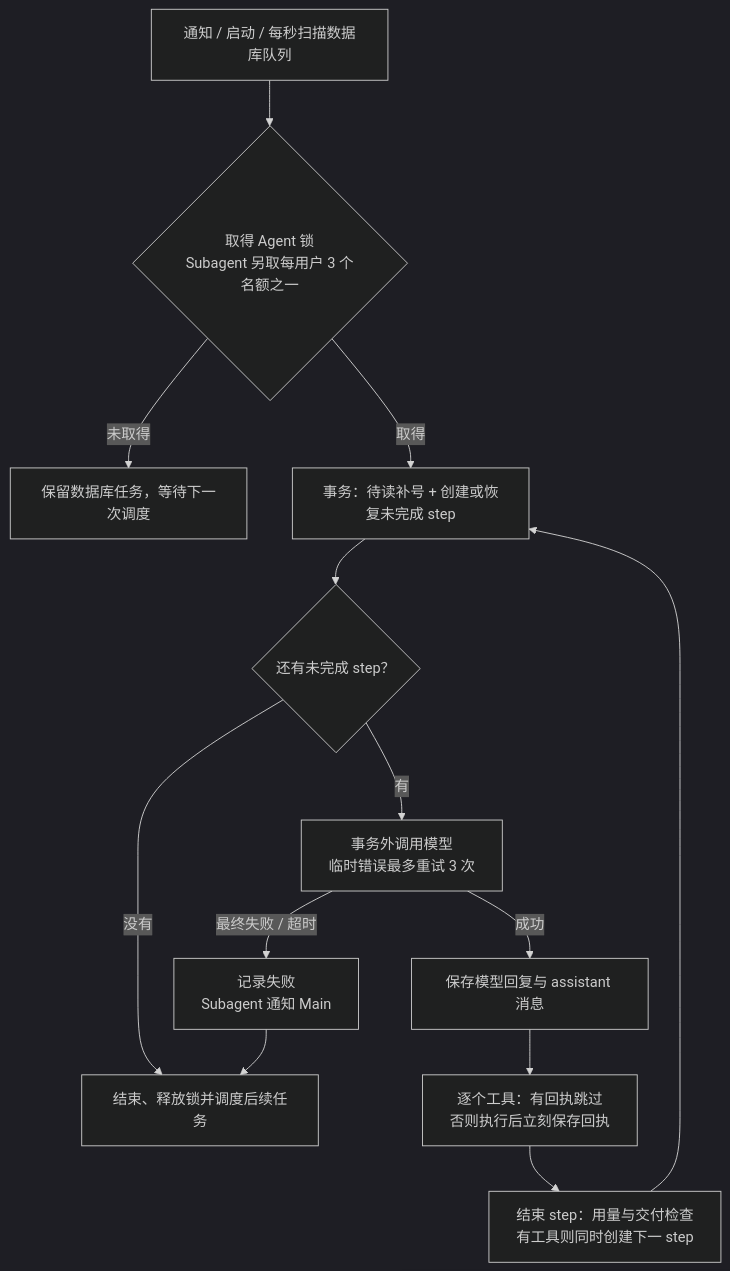
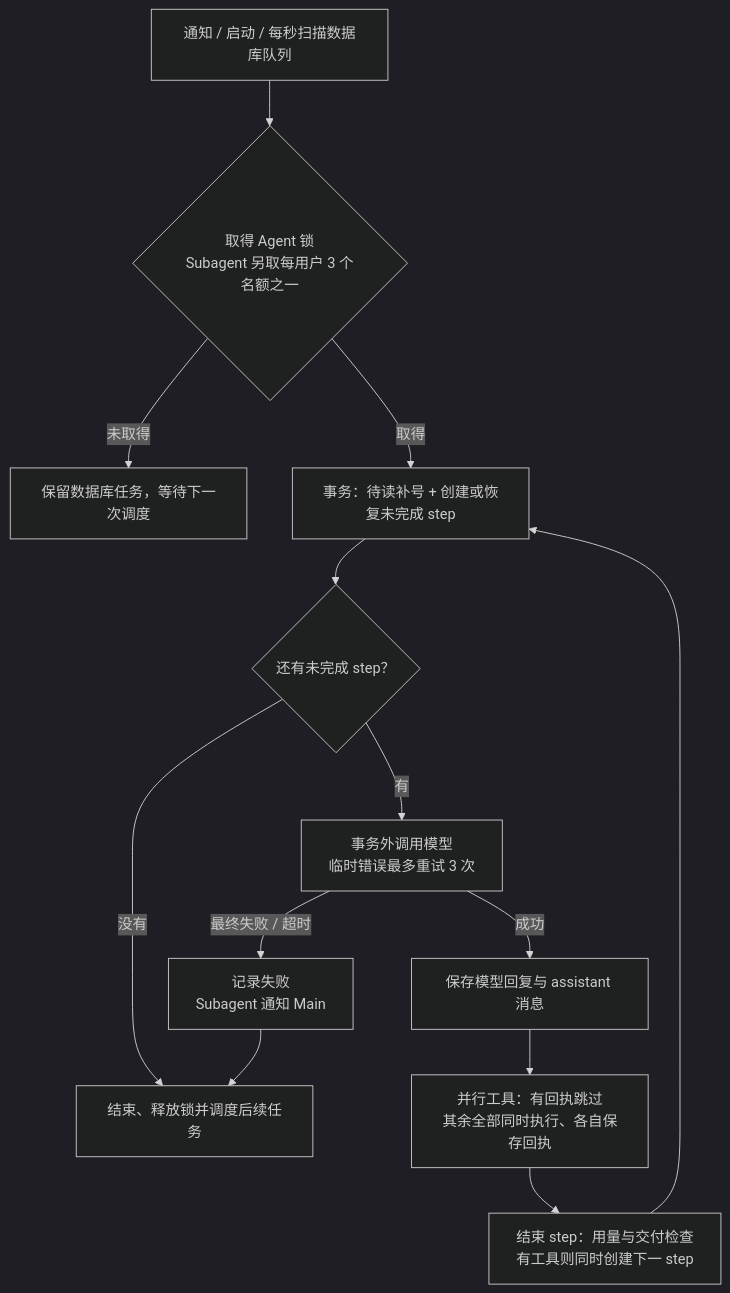
Before and after one commit to OmniNetOpensource/aether-personal: the first of 2 diagrams in docs/wiki/05-main-runtime.md, drawn with Mermaid (dark theme). The commit also changed other lines of this file and 3 other files, not shown here.

````diff
--- a/docs/wiki/05-main-runtime.md
+++ b/docs/wiki/05-main-runtime.md
@@ -33,15 +33,15 @@
 ```mermaid
 flowchart TD
     SCAN["通知 / 启动 / 每秒扫描数据库队列"] --> LOCK{"取得 Agent 锁<br/>Subagent 另取每用户 3 个名额之一"}
     LOCK -->|未取得| WAIT["保留数据库任务，等待下一次调度"]
     LOCK -->|取得| PREPARE["事务：待读补号 + 创建或恢复未完成 step"]
     PREPARE --> NEED{"还有未完成 step？"}
     NEED -->|没有| RELEASE["结束、释放锁并调度后续任务"]
     NEED -->|有| CALL["事务外调用模型<br/>临时错误最多重试 3 次"]
     CALL -->|成功| SAVE1["保存模型回复与 assistant 消息"]
-    SAVE1 --> TOOL["逐个工具：有回执跳过<br/>否则执行后立刻保存回执"]
+    SAVE1 --> TOOL["并行工具：有回执跳过<br/>其余全部同时执行、各自保存回执"]
     TOOL --> SAVE["结束 step：用量与交付检查<br/>有工具则同时创建下一 step"]
     SAVE --> PREPARE
     CALL -->|最终失败 / 超时| FAIL["记录失败<br/>Subagent 通知 Main"]
     FAIL --> RELEASE
 ```
````
